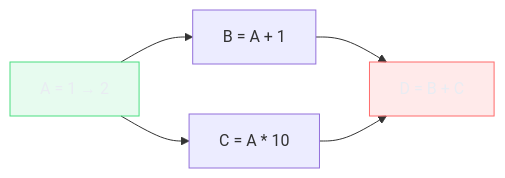
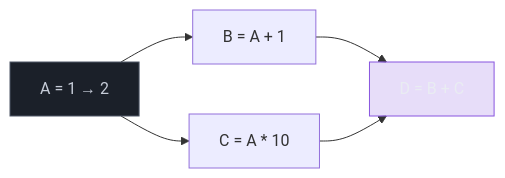
One commit to josenaldo/codex-technomanticus changed the seventh of 7 diagrams in 03-Dominios/Ciência/Paradigmas/12 - Programação reativa e dataflow.md. Above: the diagram before and after it, drawn with Mermaid. The commit also changed other lines of this file and 601 other files, not shown here.

````diff
--- a/03-Dominios/Ciência/Paradigmas/12 - Programação reativa e dataflow.md
+++ b/03-Dominios/Ciência/Paradigmas/12 - Programação reativa e dataflow.md
@@ -253,11 +253,11 @@
 ```mermaid
 flowchart LR
-    classDef ok fill:#4ADE8021,stroke:#4ADE80,color:#E9ECF2
-    classDef falha fill:#FF6B6B24,stroke:#FF6B6B,color:#E9ECF2
+    classDef marca fill:#8855DF33,stroke:#8855DF,color:#E9ECF2
+    classDef neutro fill:#1B2029,stroke:#4E5666,color:#C6CCD8
     A["A = 1 → 2"] --> B["B = A + 1"]
     A --> C["C = A * 10"]
     B --> D["D = B + C"]
     C --> D
-    class A ok
-    class D falha
+    class A neutro
+    class D marca
 ```
````
